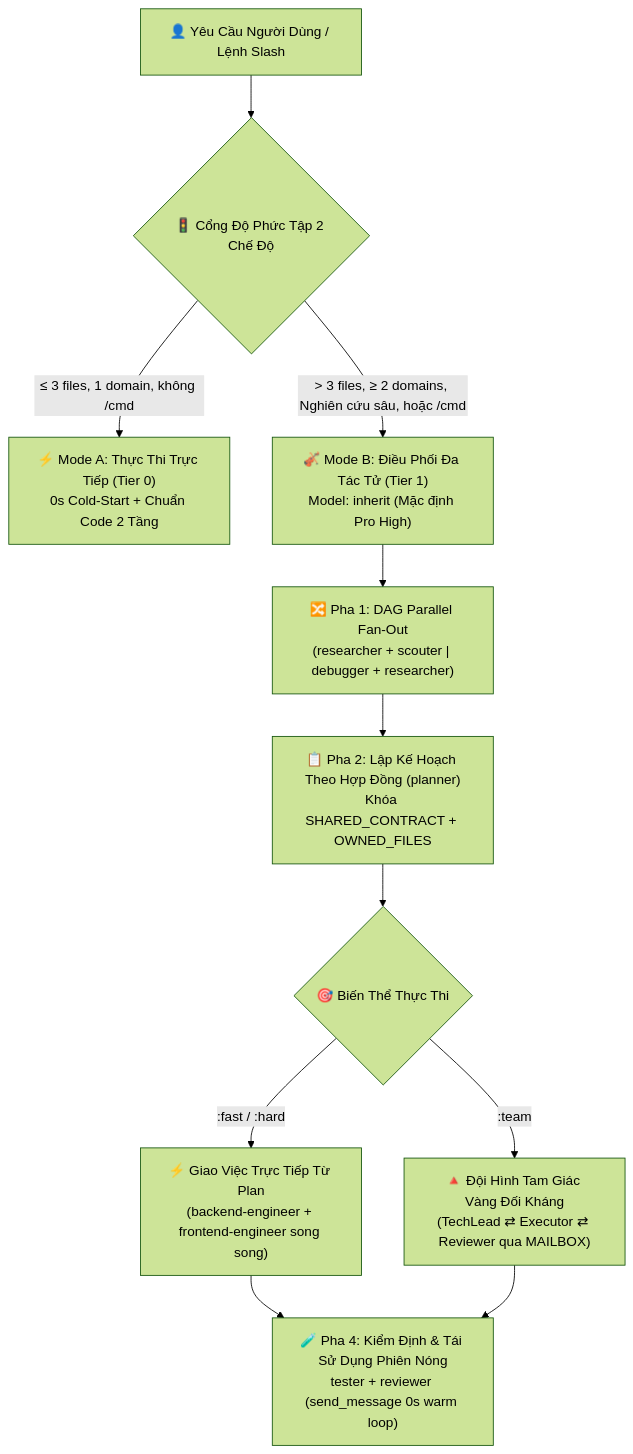
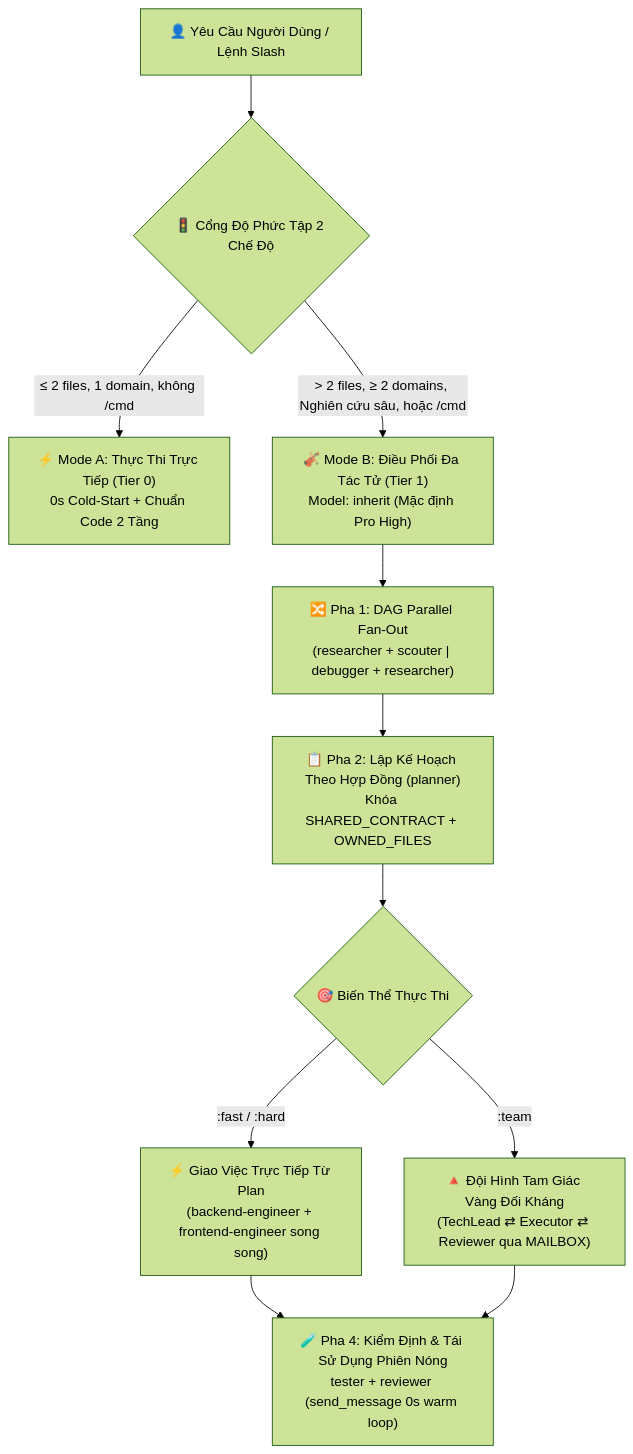
One commit to Kennyboom/BoomOpen-Workflow-Kit changed the diagram in i18n/README.vi.md. Above: the diagram before and after it, drawn with Mermaid (forest theme). The commit also changed other lines of this file and 138 other files, not shown here.

````diff
--- a/i18n/README.vi.md
+++ b/i18n/README.vi.md
@@ -74,16 +74,16 @@
 ```mermaid
 flowchart TD
     User["👤 Yêu Cầu Người Dùng / Lệnh Slash"] --> Gate{"🚦 Cổng Độ Phức Tập 2 Chế Độ"}
-    Gate -->|"≤ 3 files, 1 domain, không /cmd"| ModeA["⚡ Mode A: Thực Thi Trực Tiếp (Tier 0)<br/>0s Cold-Start + Chuẩn Code 2 Tầng"]
-    Gate -->|"> 3 files, ≥ 2 domains, Nghiên cứu sâu, hoặc /cmd"| ModeB["🎻 Mode B: Điều Phối Đa Tác Tử (Tier 1)<br/>Model: inherit (Mặc định Pro High)"]
+    Gate -->|"≤ 2 files, 1 domain, không /cmd"| ModeA["⚡ Mode A: Thực Thi Trực Tiếp (Tier 0)<br/>0s Cold-Start + Chuẩn Code 2 Tầng"]
+    Gate -->|"> 2 files, ≥ 2 domains, Nghiên cứu sâu, hoặc /cmd"| ModeB["🎻 Mode B: Điều Phối Đa Tác Tử (Tier 1)<br/>Model: inherit (Mặc định Pro High)"]
 
     ModeB --> FanOut["🔀 Pha 1: DAG Parallel Fan-Out<br/>(researcher + scouter | debugger + researcher)"]
     FanOut --> Plan["📋 Pha 2: Lập Kế Hoạch Theo Hợp Đồng (planner)<br/>Khóa SHARED_CONTRACT + OWNED_FILES"]
     Plan --> Dispatch{"🎯 Biến Thể Thực Thi"}
 
     Dispatch -->|":fast / :hard"| Direct["⚡ Giao Việc Trực Tiếp Từ Plan<br/>(backend-engineer + frontend-engineer song song)"]
     Dispatch -->|":team"| Triangle["🔺 Đội Hình Tam Giác Vàng Đối Kháng<br/>(TechLead ⇄ Executor ⇄ Reviewer qua MAILBOX)"]
 
     Direct --> Verify["🧪 Pha 4: Kiểm Định & Tái Sử Dụng Phiên Nóng<br/>tester + reviewer (send_message 0s warm loop)"]
     Triangle --> Verify
 ```
````
